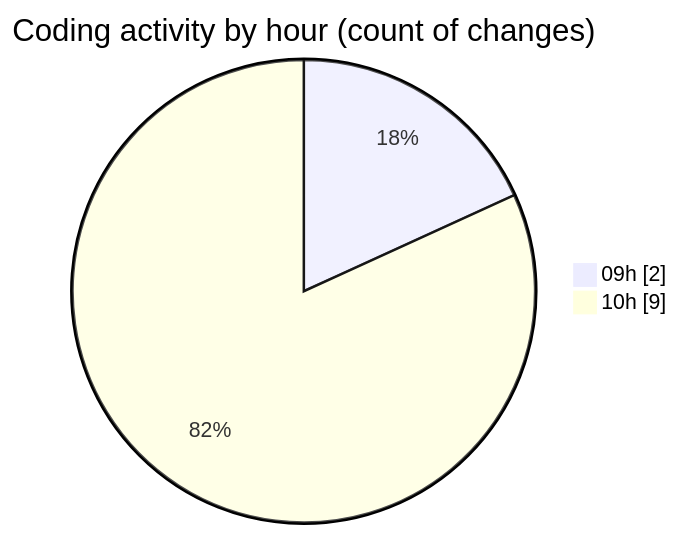
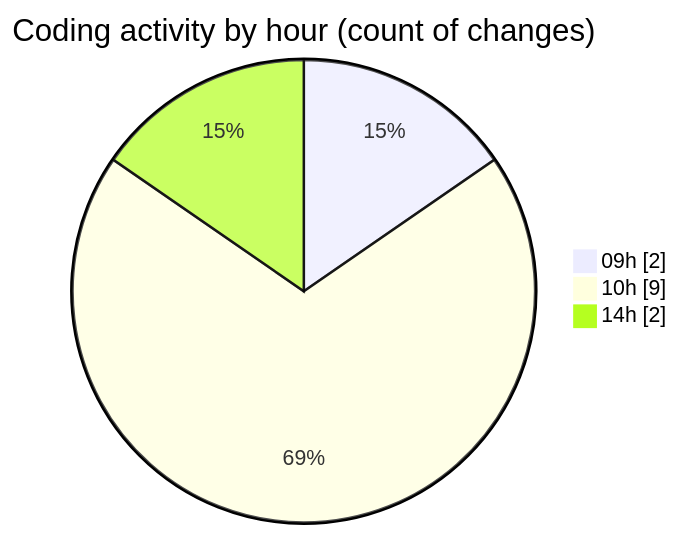
One commit to MatusMokan/code-tracking changed the second of 2 diagrams in 2025-04-11/myws__workspace_/README.md. Above: the diagram before and after it, drawn with Mermaid. The commit also changed other lines of this file and 1 other file, not shown here.

````diff
--- a/2025-04-11/myws__workspace_/README.md
+++ b/2025-04-11/myws__workspace_/README.md
@@ -30,6 +31,7 @@
 ```mermaid
 pie showData
 title Coding activity by hour (count of changes)
 "09h" : 2
 "10h" : 9
+"14h" : 2
 ```
````
